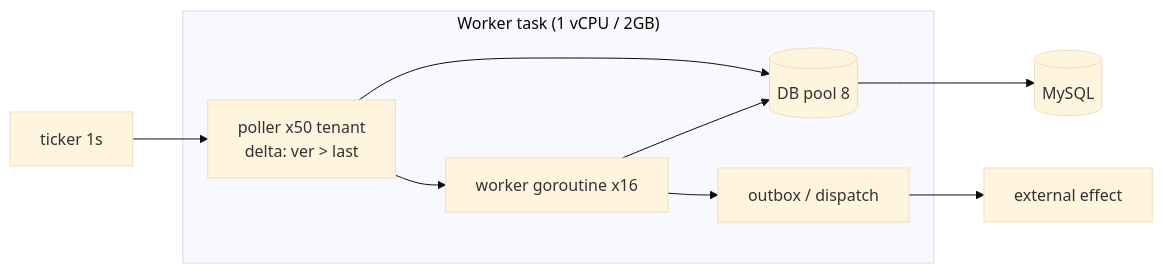
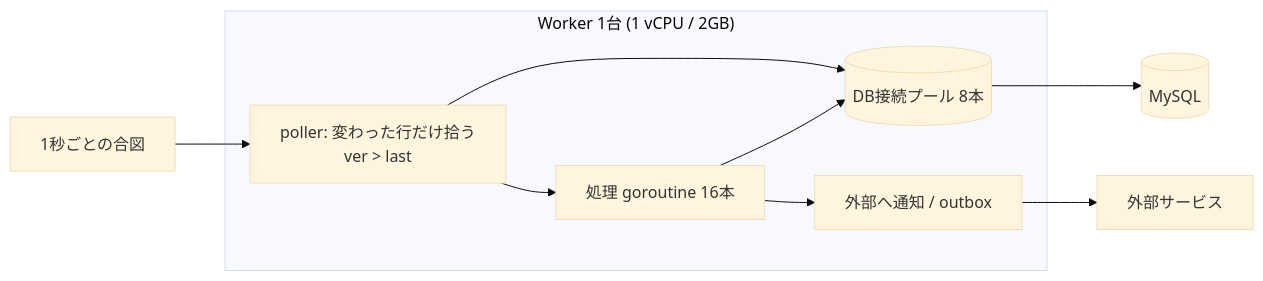
The first of 7 diagrams in docs/worked-examples.md (aq35/sample_manual), drawn with Mermaid (base theme) before and after one commit. The commit also changed other lines of this file, not shown here.

````diff
--- a/docs/worked-examples.md
+++ b/docs/worked-examples.md
@@ -28,12 +39,12 @@
 ```mermaid
 flowchart LR
-  T["ticker 1s"] --> P["poller x50 tenant<br/>delta: ver &gt; last"]
-  subgraph W["Worker task (1 vCPU / 2GB)"]
-    P --> POOL[("DB pool 8")]
-    P --> G["worker goroutine x16"]
+  T["1秒ごとの合図"] --> P["poller: 変わった行だけ拾う<br/>ver &gt; last"]
+  subgraph W["Worker 1台 (1 vCPU / 2GB)"]
+    P --> POOL[("DB接続プール 8本")]
+    P --> G["処理 goroutine 16本"]
     G --> POOL
-    G --> O["outbox / dispatch"]
+    G --> O["外部へ通知 / outbox"]
   end
   POOL --> DB[("MySQL")]
-  O --> EXT["external effect"]
+  O --> EXT["外部サービス"]
 ```
````
